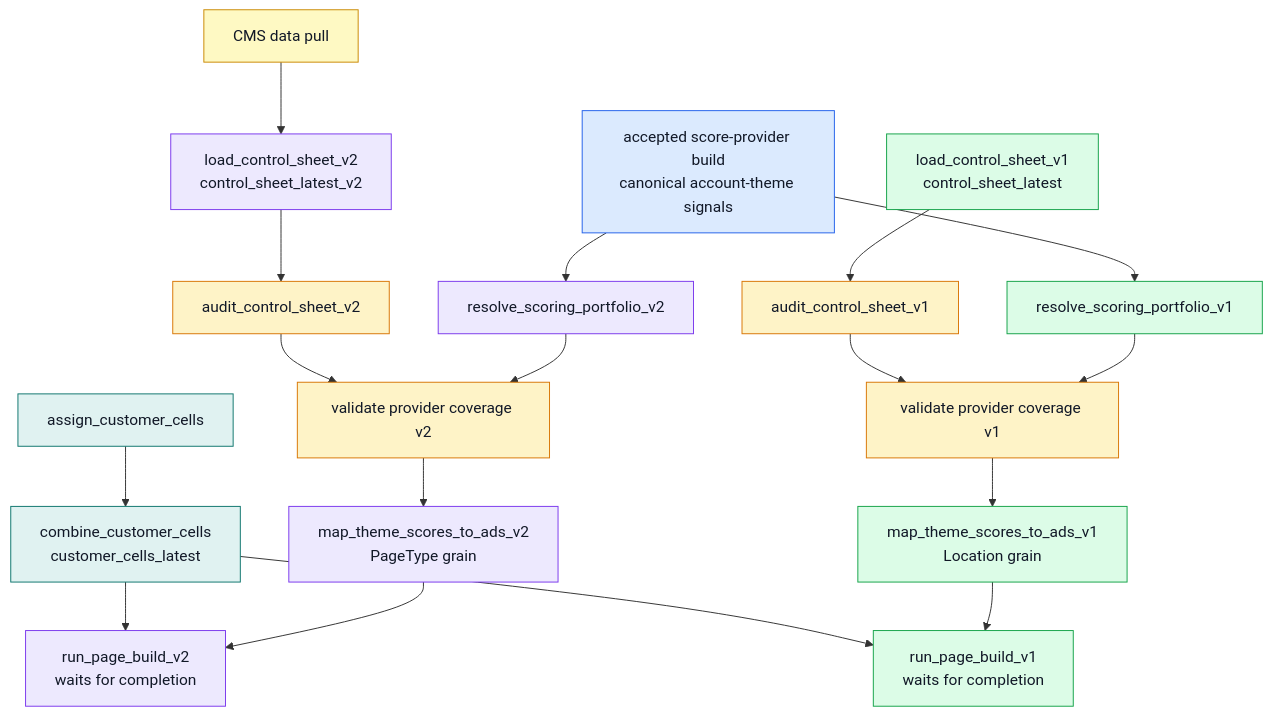
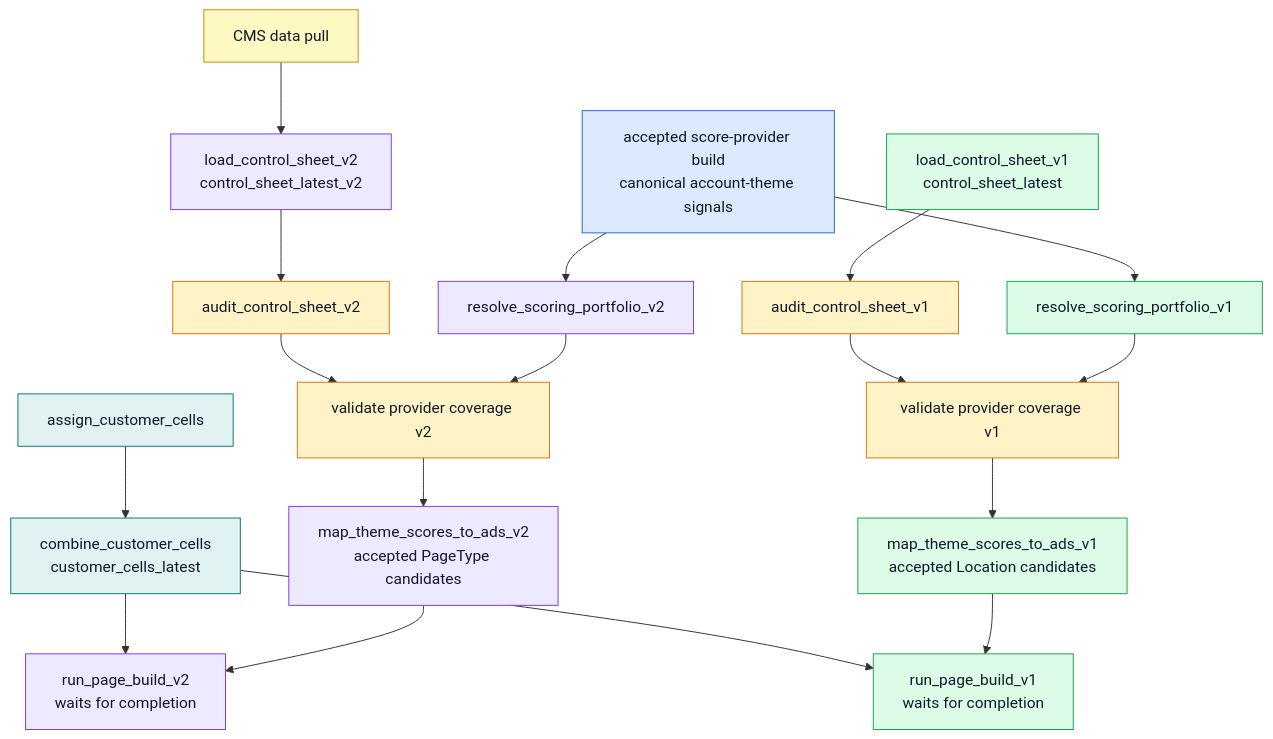
Before and after one commit to swblain-glyndwr/personal_project: the second of 2 diagrams in docs/architecture/v1_v2_parallel_route.md, drawn with Mermaid. The commit also changed other lines of this file and 28 other files, not shown here.

Commit message:
Store candidates at portfolio and ad-set grain

````diff
--- a/docs/architecture/v1_v2_parallel_route.md
+++ b/docs/architecture/v1_v2_parallel_route.md
@@ -86,49 +86,49 @@
 ```mermaid
 flowchart TD
   classDef sharedModel fill:#dbeafe,stroke:#2563eb,color:#111827
   classDef sharedTask fill:#e0f2f1,stroke:#0f766e,color:#111827
   classDef v1 fill:#dcfce7,stroke:#16a34a,color:#111827
   classDef v2 fill:#ede9fe,stroke:#7c3aed,color:#111827
   classDef guardrail fill:#fef3c7,stroke:#d97706,color:#111827
   classDef external fill:#fef9c3,stroke:#ca8a04,color:#111827
 
   PROVIDER["accepted score-provider build<br/>canonical account-theme signals"]:::sharedModel
 
   ASSIGN["assign_customer_cells"]:::sharedTask
   COMBINE["combine_customer_cells<br/>customer_cells_latest"]:::sharedTask
   ASSIGN --> COMBINE
 
   LOAD_V1["load_control_sheet_v1<br/>control_sheet_latest"]:::v1
   AUDIT_V1["audit_control_sheet_v1"]:::guardrail
   LOAD_V1 --> AUDIT_V1
 
   CMS["CMS data pull"]:::external
   LOAD_V2["load_control_sheet_v2<br/>control_sheet_latest_v2"]:::v2
   AUDIT_V2["audit_control_sheet_v2"]:::guardrail
   CMS --> LOAD_V2 --> AUDIT_V2
 
   SELECT_V1["resolve_scoring_portfolio_v1"]:::v1
   SELECT_V2["resolve_scoring_portfolio_v2"]:::v2
   PROVIDER --> SELECT_V1
   PROVIDER --> SELECT_V2
 
   COVER_V1["validate provider coverage v1"]:::guardrail
   COVER_V2["validate provider coverage v2"]:::guardrail
   AUDIT_V1 --> COVER_V1
   SELECT_V1 --> COVER_V1
   AUDIT_V2 --> COVER_V2
   SELECT_V2 --> COVER_V2
 
-  MAP_V1["map_theme_scores_to_ads_v1<br/>Location grain"]:::v1
-  MAP_V2["map_theme_scores_to_ads_v2<br/>PageType grain"]:::v2
+  MAP_V1["map_theme_scores_to_ads_v1<br/>accepted Location candidates"]:::v1
+  MAP_V2["map_theme_scores_to_ads_v2<br/>accepted PageType candidates"]:::v2
 
   COVER_V1 --> MAP_V1
   COVER_V2 --> MAP_V2
 
   PAGE_V1["run_page_build_v1<br/>waits for completion"]:::v1
   PAGE_V2["run_page_build_v2<br/>waits for completion"]:::v2
   COMBINE --> PAGE_V1
   MAP_V1 --> PAGE_V1
   COMBINE --> PAGE_V2
   MAP_V2 --> PAGE_V2
 ```
````
